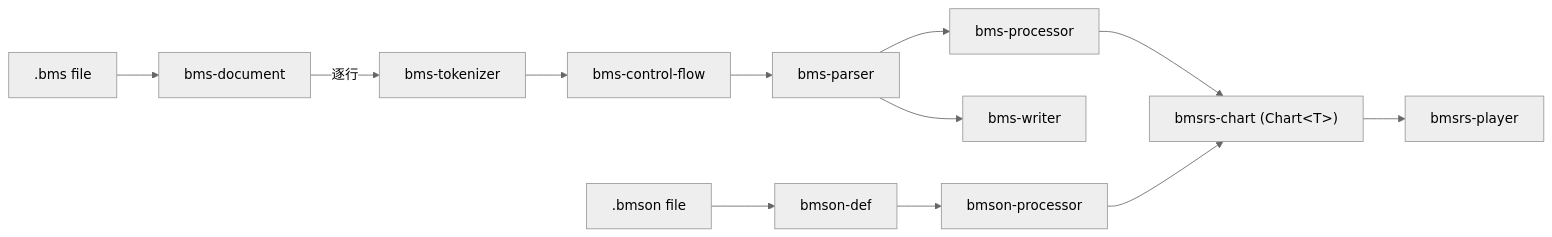
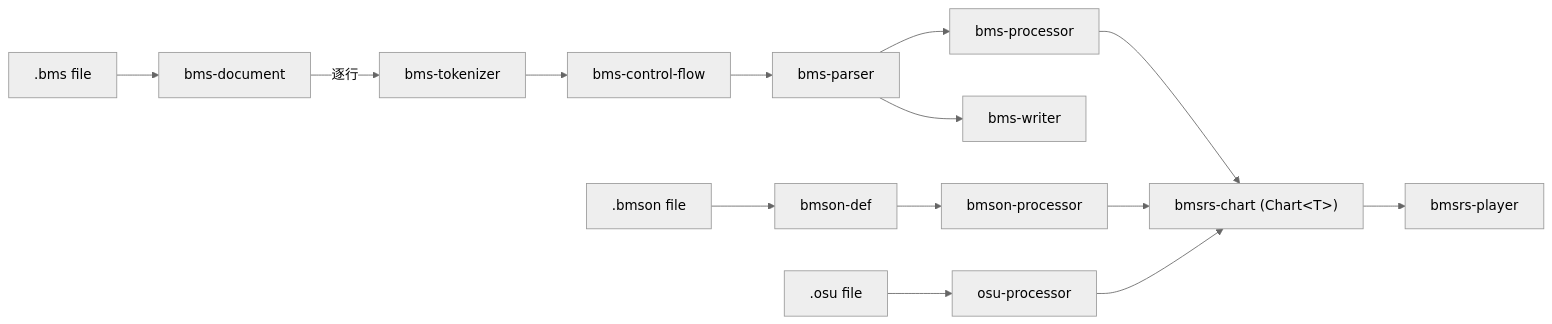
The diagram in AGENTS.md (brightmeows/bmsrs), drawn with Mermaid (neutral theme) before and after one commit. The commit also changed other lines of this file and 17 other files, not shown here.

Commit message:
feat(osu): 支持 osu!mania 谱面转换为 Chart

````diff
--- a/AGENTS.md
+++ b/AGENTS.md
@@ -12,16 +12,19 @@
 ```mermaid
 flowchart LR
     BMS[".bms file"] --> Doc[bms-document]
     Doc -->|逐行| Tok[bms-tokenizer]
     Tok --> CF[bms-control-flow]
     CF --> Par[bms-parser]
     Par --> BProc[bms-processor]
     Par --> Writer[bms-writer]
 
     BMSON[".bmson file"] --> BDef[bmson-def]
     BDef --> BMProc[bmson-processor]
 
+    OSU[".osu file"] --> OProc[osu-processor]
+
     BProc --> Chart["bmsrs-chart (Chart&lt;T&gt;)"]
     BMProc --> Chart
+    OProc --> Chart
     Chart --> Player[bmsrs-player]
 ```
````
